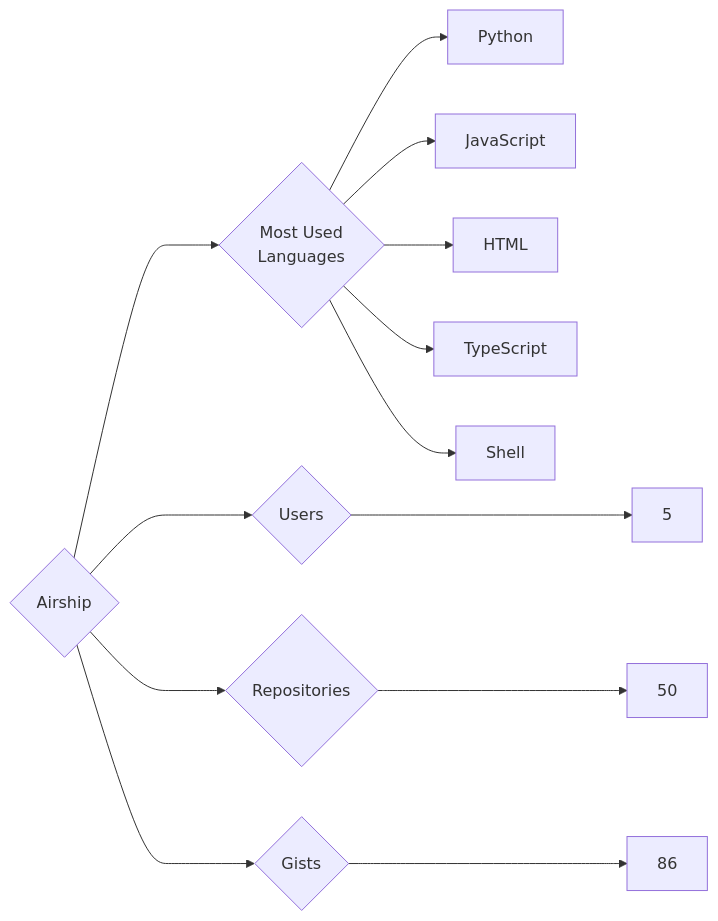
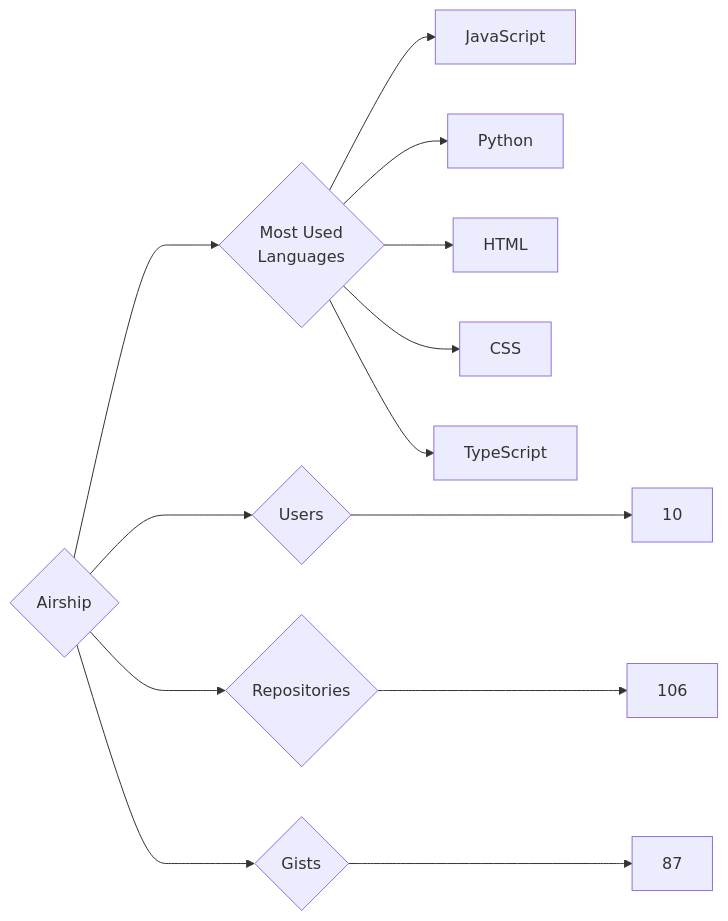
Before and after one commit to trickest/insiders: the diagram in targets/Airship/README.md, drawn with Mermaid. The commit also changed 1175 other files, not shown here.

````diff
--- a/targets/Airship/README.md
+++ b/targets/Airship/README.md
@@ -3,13 +3,13 @@
 ```mermaid
 graph LR
 COMPANY_NAME{Airship}
-COMPANY_NAME ---> U{Users} ---> UN[5]
-COMPANY_NAME ---> R{Repositories} ---> RN[50]
-COMPANY_NAME ---> G{Gists} ---> GN[86]
+COMPANY_NAME ---> U{Users} ---> UN[10]
+COMPANY_NAME ---> R{Repositories} ---> RN[106]
+COMPANY_NAME ---> G{Gists} ---> GN[87]
 COMPANY_NAME ---> ML{Most Used<br>Languages}
+ML --> JavaScript[JavaScript]
 ML --> Python[Python]
-ML --> JavaScript[JavaScript]
 ML --> HTML[HTML]
+ML --> CSS[CSS]
 ML --> TypeScript[TypeScript]
-ML --> Shell[Shell]
 ```
````
